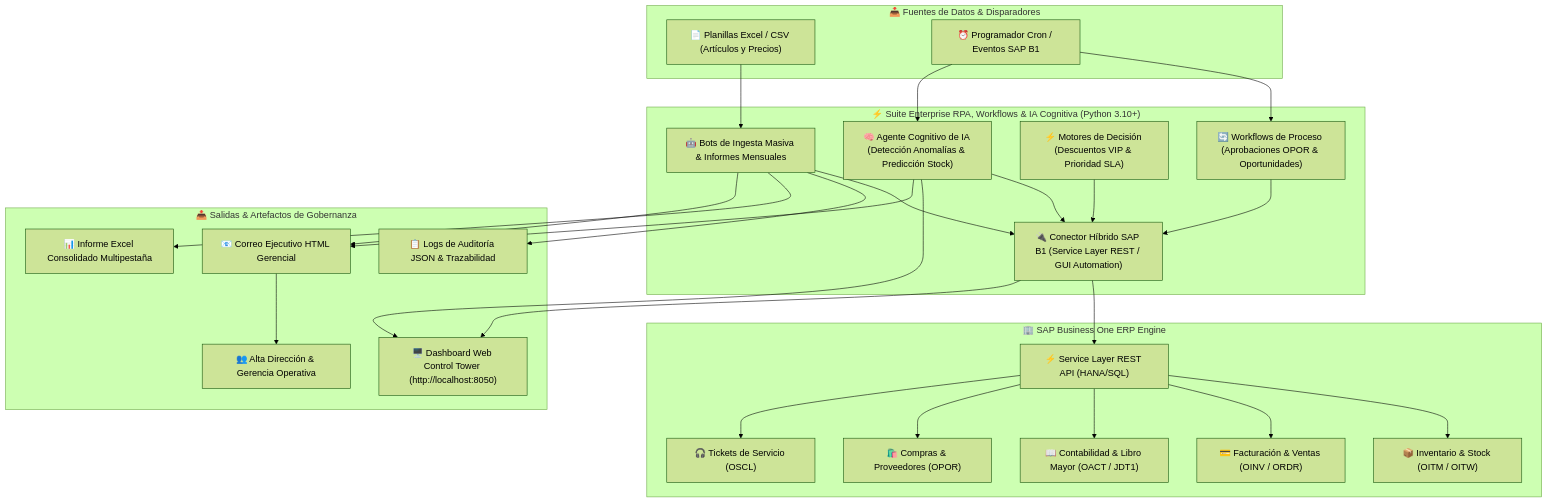
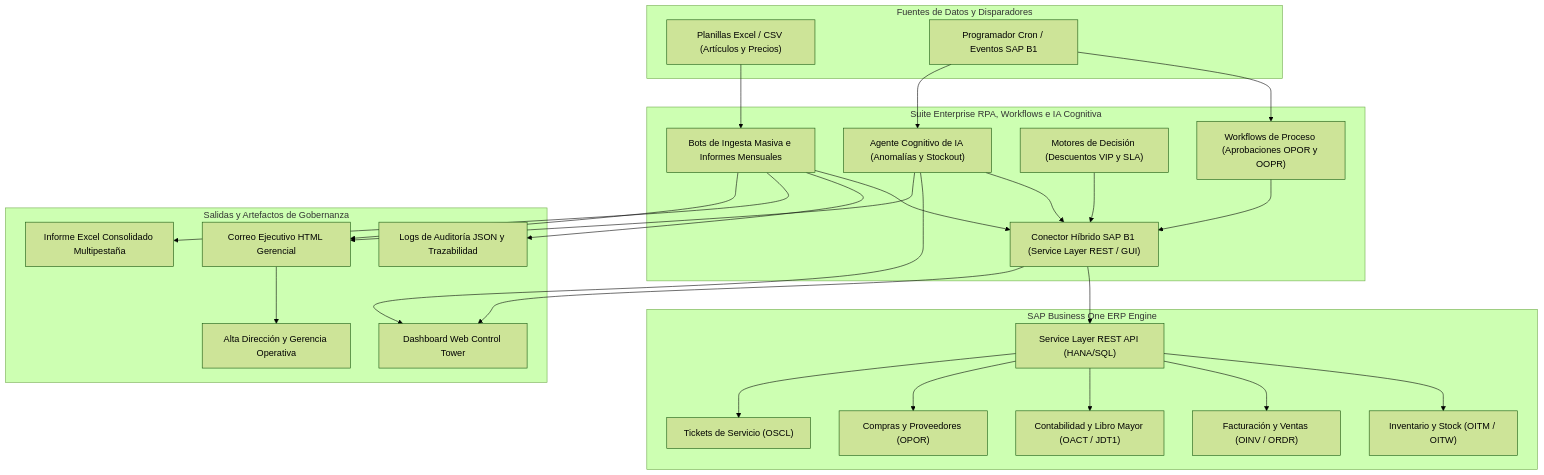
The diagram in README.md (GuillenConcepcion/DS-SAP-Business-One-Enterprise-RPA-AI-Control-Tower), drawn with Mermaid (forest theme) before and after one commit.

Commit message:
fix: Standardize Mermaid diagram syntax for GitHub renderer compatibility

````diff
--- a/README.md
+++ b/README.md
@@ -73,49 +73,56 @@
 ```mermaid
 flowchart TD
-    subgraph Input ["📥 Fuentes de Datos & Disparadores"]
-        Excel["📄 Planillas Excel / CSV (Artículos y Precios)"]
-        Schedule["⏰ Programador Cron / Eventos SAP B1"]
+    subgraph Input ["Fuentes de Datos y Disparadores"]
+        Excel["Planillas Excel / CSV (Artículos y Precios)"]
+        Schedule["Programador Cron / Eventos SAP B1"]
     end
 
-    subgraph CoreEngine ["⚡ Suite Enterprise RPA, Workflows & IA Cognitiva (Python 3.10+)"]
-        Connector["🔌 Conector Híbrido SAP B1 (Service Layer REST / GUI Automation)"]
-        RPA_Bots["🤖 Bots de Ingesta Masiva & Informes Mensuales"]
-        Process_Workflows["🔄 Workflows de Proceso (Aprobaciones OPOR & Oportunidades)"]
-        Decision_Engines["⚡ Motores de Decisión (Descuentos VIP & Prioridad SLA)"]
-        AI_Agent["🧠 Agente Cognitivo de IA (Detección Anomalías & Predicción Stock)"]
+    subgraph CoreEngine ["Suite Enterprise RPA, Workflows e IA Cognitiva"]
+        Connector["Conector Híbrido SAP B1 (Service Layer REST / GUI)"]
+        RPA_Bots["Bots de Ingesta Masiva e Informes Mensuales"]
+        Process_Workflows["Workflows de Proceso (Aprobaciones OPOR y OOPR)"]
+        Decision_Engines["Motores de Decisión (Descuentos VIP y SLA)"]
+        AI_Agent["Agente Cognitivo de IA (Anomalías y Stockout)"]
     end
 
-    subgraph SAP ["🏢 SAP Business One ERP Engine"]
-        ServiceLayer["⚡ Service Layer REST API (HANA/SQL)"]
-        OITM["📦 Inventario & Stock (OITM / OITW)"]
-        OINV["💳 Facturación & Ventas (OINV / ORDR)"]
-        OACT["📖 Contabilidad & Libro Mayor (OACT / JDT1)"]
-        OPOR["🛍️ Compras & Proveedores (OPOR)"]
-        OSCL["🎧 Tickets de Servicio (OSCL)"]
+    subgraph SAP ["SAP Business One ERP Engine"]
+        ServiceLayer["Service Layer REST API (HANA/SQL)"]
+        OITM["Inventario y Stock (OITM / OITW)"]
+        OINV["Facturación y Ventas (OINV / ORDR)"]
+        OACT["Contabilidad y Libro Mayor (OACT / JDT1)"]
+        OPOR["Compras y Proveedores (OPOR)"]
+        OSCL["Tickets de Servicio (OSCL)"]
     end
 
-    subgraph Output ["📤 Salidas & Artefactos de Gobernanza"]
-        Dashboard["🖥️ Dashboard Web Control Tower (http://localhost:8050)"]
-        AuditLogs["📋 Logs de Auditoría JSON & Trazabilidad"]
-        ExcelReport["📊 Informe Excel Consolidado Multipestaña"]
-        HTMLEmail["📧 Correo Ejecutivo HTML Gerencial"]
-        Executives["👥 Alta Dirección & Gerencia Operativa"]
+    subgraph Output ["Salidas y Artefactos de Gobernanza"]
+        Dashboard["Dashboard Web Control Tower"]
+        AuditLogs["Logs de Auditoría JSON y Trazabilidad"]
+        ExcelReport["Informe Excel Consolidado Multipestaña"]
+        HTMLEmail["Correo Ejecutivo HTML Gerencial"]
+        Executives["Alta Dirección y Gerencia Operativa"]
     end
 
     Excel --> RPA_Bots
     Schedule --> Process_Workflows
     Schedule --> AI_Agent
 
     RPA_Bots --> Connector
     Process_Workflows --> Connector
     Decision_Engines --> Connector
     AI_Agent --> Connector
 
     Connector --> ServiceLayer
-    ServiceLayer --> OITM & OINV & OACT & OPOR & OSCL
+    ServiceLayer --> OITM
+    ServiceLayer --> OINV
+    ServiceLayer --> OACT
+    ServiceLayer --> OPOR
+    ServiceLayer --> OSCL
 
     Connector --> Dashboard
-    RPA_Bots --> AuditLogs & ExcelReport & HTMLEmail
-    AI_Agent --> Dashboard & HTMLEmail
+    RPA_Bots --> AuditLogs
+    RPA_Bots --> ExcelReport
+    RPA_Bots --> HTMLEmail
+    AI_Agent --> Dashboard
+    AI_Agent --> HTMLEmail
     HTMLEmail --> Executives
 ```
````
